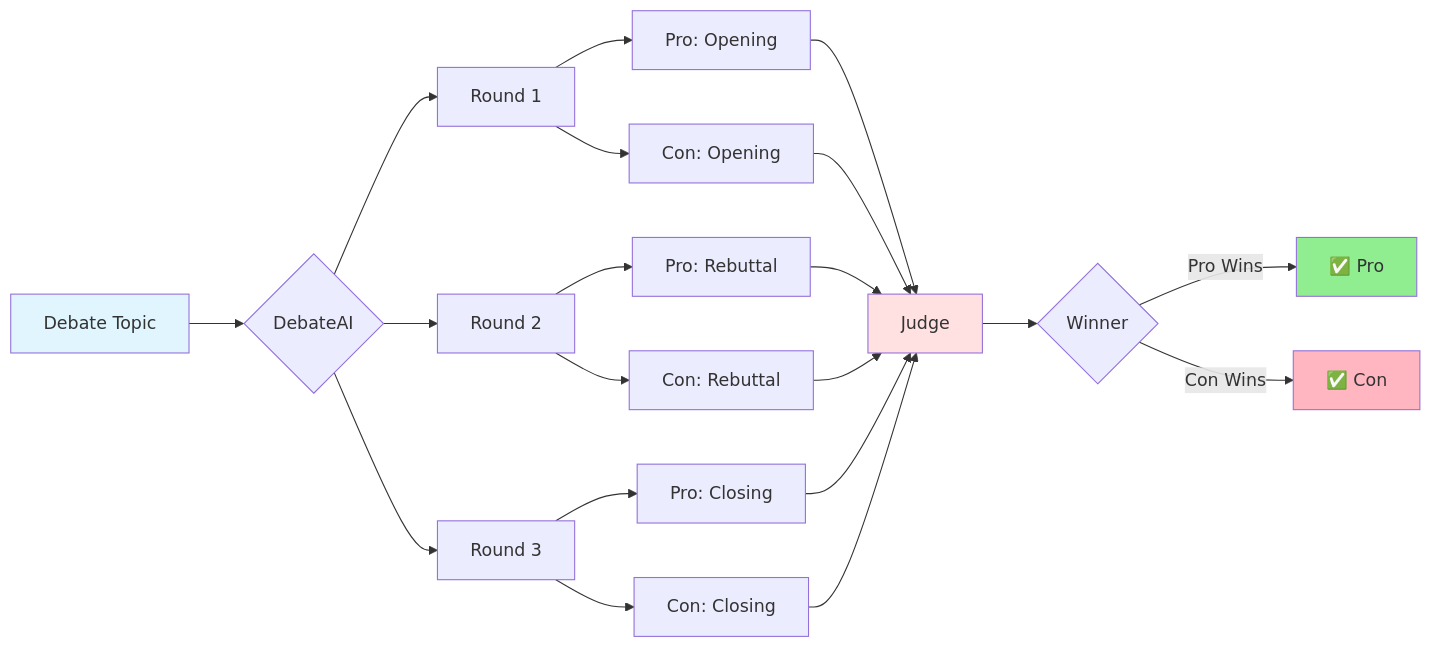
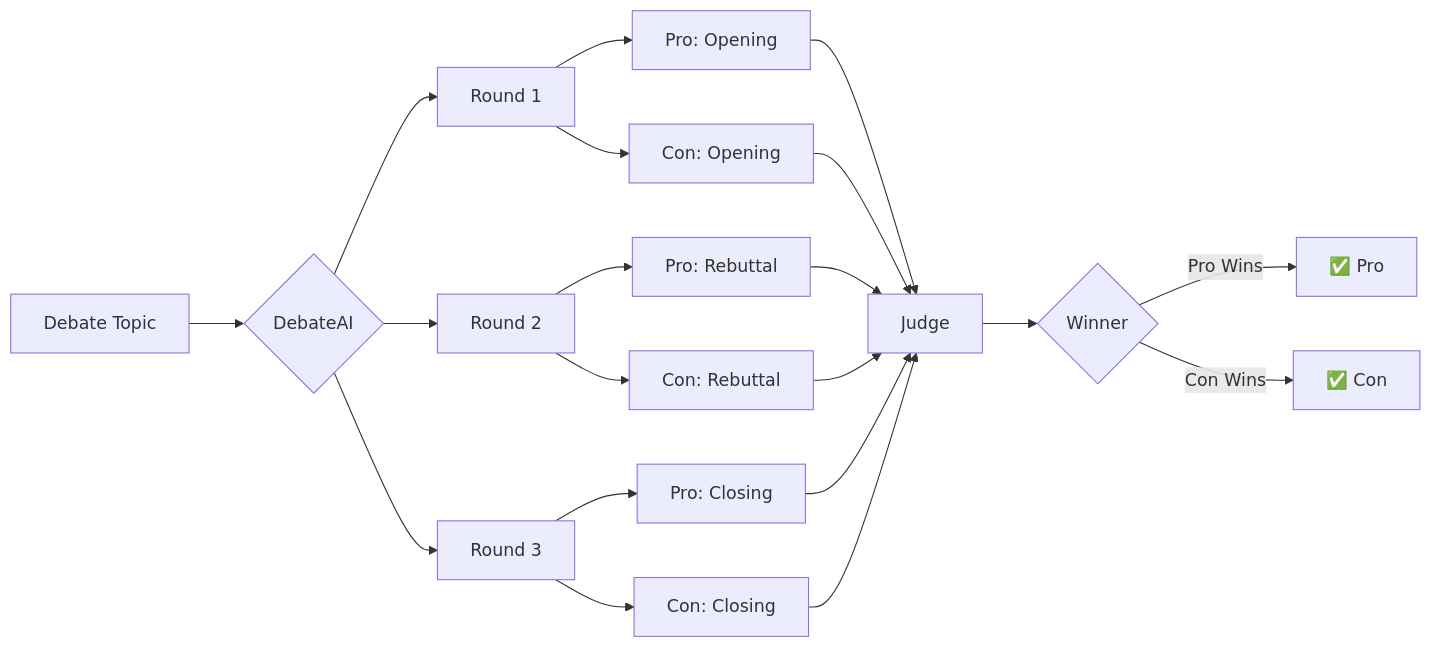
Before and after one commit to jayeeed/DebateAI: the fifth of 8 diagrams in DIAGRAMS.md, drawn with Mermaid. The commit also changed other lines of this file, not shown here.

Commit message:
Remove styling and structural rect blocks from Mermaid diagrams.

````diff
--- a/DIAGRAMS.md
+++ b/DIAGRAMS.md
@@ -154,27 +133,22 @@
 ```mermaid
 flowchart LR
     A[Debate Topic] --> B{DebateAI}
     B --> C[Round 1]
     B --> D[Round 2]
     B --> E[Round 3]
     
     C --> C1[Pro: Opening]
     C --> C2[Con: Opening]
     
     D --> D1[Pro: Rebuttal]
     D --> D2[Con: Rebuttal]
     
     E --> E1[Pro: Closing]
     E --> E2[Con: Closing]
     
     C1 & C2 & D1 & D2 & E1 & E2 --> F[Judge]
     F --> G{Winner}
     
     G -->|Pro Wins| H[✅ Pro]
     G -->|Con Wins| I[✅ Con]
-    
-    style A fill:#e1f5ff
-    style F fill:#ffe1e1
-    style H fill:#90EE90
-    style I fill:#FFB6C1
 ```
````
